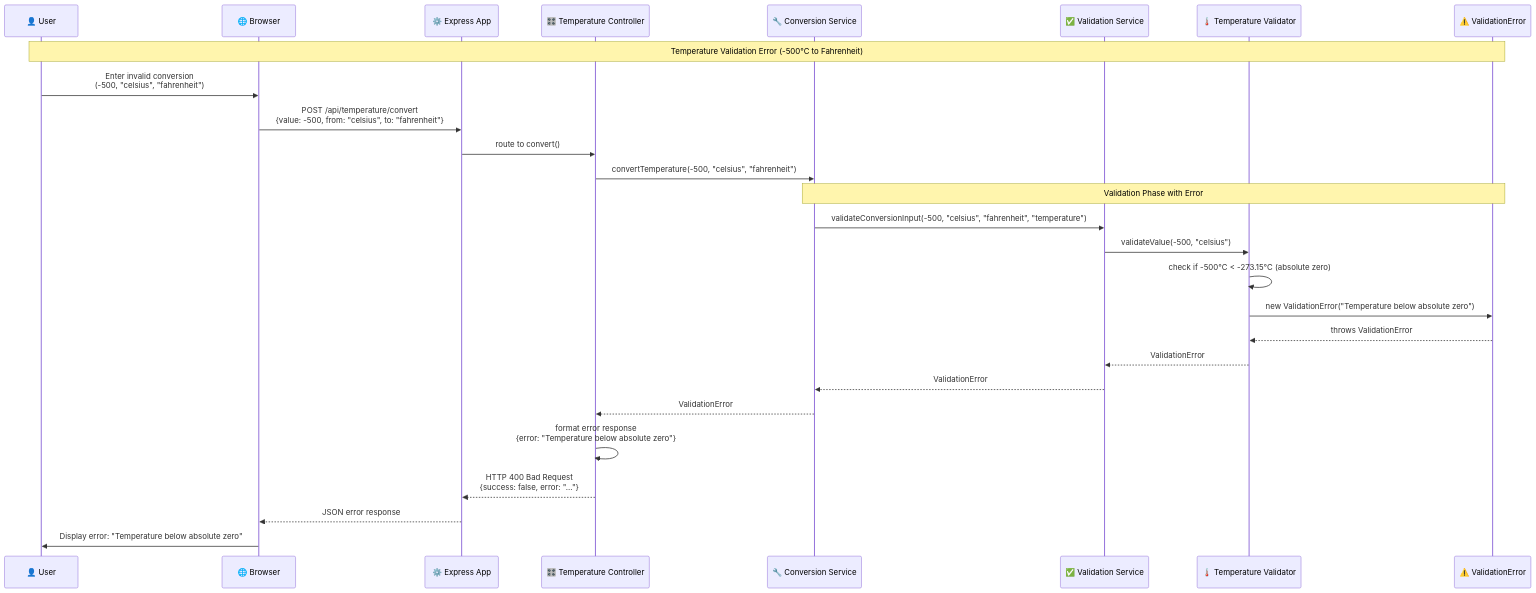
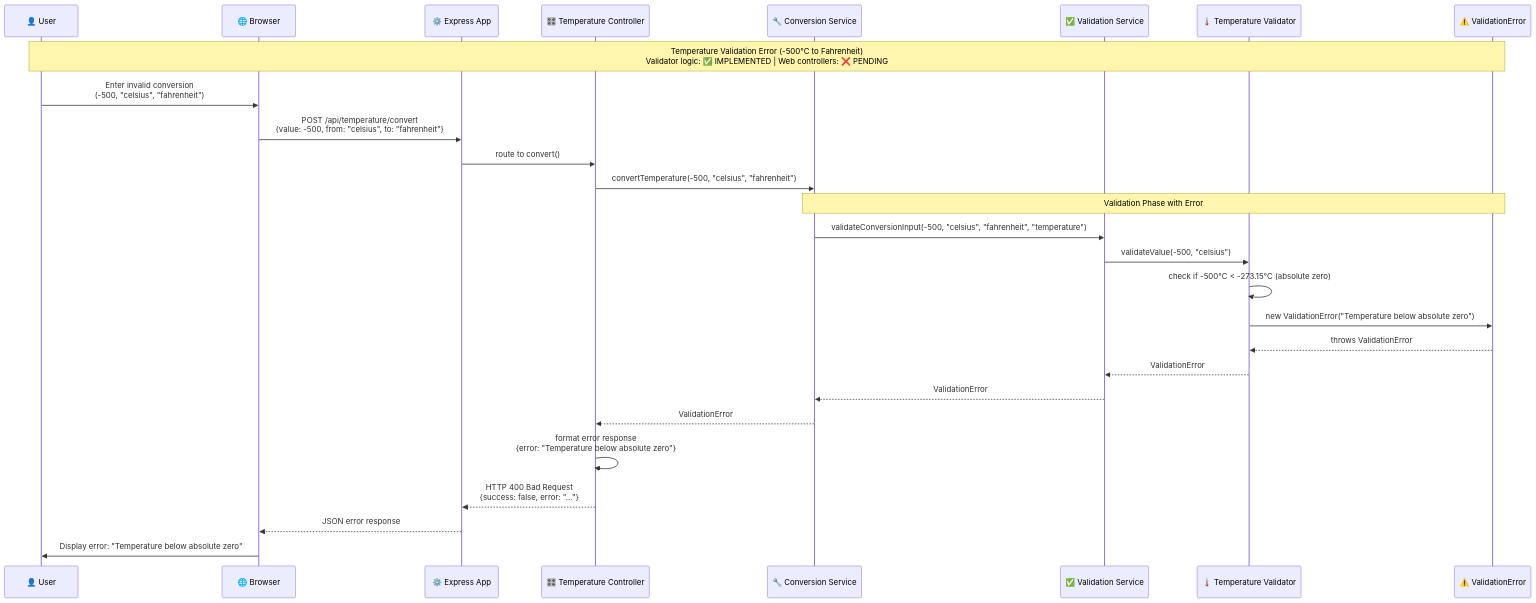
The second of 5 diagrams in unit-converter/uml-diagrams/SequenceDiagram.md (Shockp/Backend-Projects), drawn with Mermaid before and after one commit. The commit also changed other lines of this file and 4 other files, not shown here.

Commit message:
UML updated

````diff
--- a/unit-converter/uml-diagrams/SequenceDiagram.md
+++ b/unit-converter/uml-diagrams/SequenceDiagram.md
@@ -63,34 +65,34 @@
 ```mermaid
 sequenceDiagram
     participant User as 👤 User
     participant Browser as 🌐 Browser
     participant App as ⚙️ Express App
     participant TC as 🎛️ Temperature Controller
     participant CS as 🔧 Conversion Service
     participant VS as ✅ Validation Service
     participant TV as 🌡️ Temperature Validator
     participant VE as ⚠️ ValidationError
 
-    Note over User, VE: Temperature Validation Error (-500°C to Fahrenheit)
+    Note over User, VE: Temperature Validation Error (-500°C to Fahrenheit)<br/>Validator logic: ✅ IMPLEMENTED | Web controllers: ❌ PENDING
 
     User->>Browser: Enter invalid conversion<br/>(-500, "celsius", "fahrenheit")
     Browser->>App: POST /api/temperature/convert<br/>{value: -500, from: "celsius", to: "fahrenheit"}
     App->>TC: route to convert()
     
     TC->>CS: convertTemperature(-500, "celsius", "fahrenheit")
     
     Note over CS, VE: Validation Phase with Error
     CS->>VS: validateConversionInput(-500, "celsius", "fahrenheit", "temperature")
     VS->>TV: validateValue(-500, "celsius")
     TV->>TV: check if -500°C < -273.15°C (absolute zero)
     TV->>VE: new ValidationError("Temperature below absolute zero")
     VE-->>TV: throws ValidationError
     TV-->>VS: ValidationError
     VS-->>CS: ValidationError
     CS-->>TC: ValidationError
     
     TC->>TC: format error response<br/>{error: "Temperature below absolute zero"}
     TC-->>App: HTTP 400 Bad Request<br/>{success: false, error: "..."}
     App-->>Browser: JSON error response
     Browser->>User: Display error: "Temperature below absolute zero"
 ```
````
